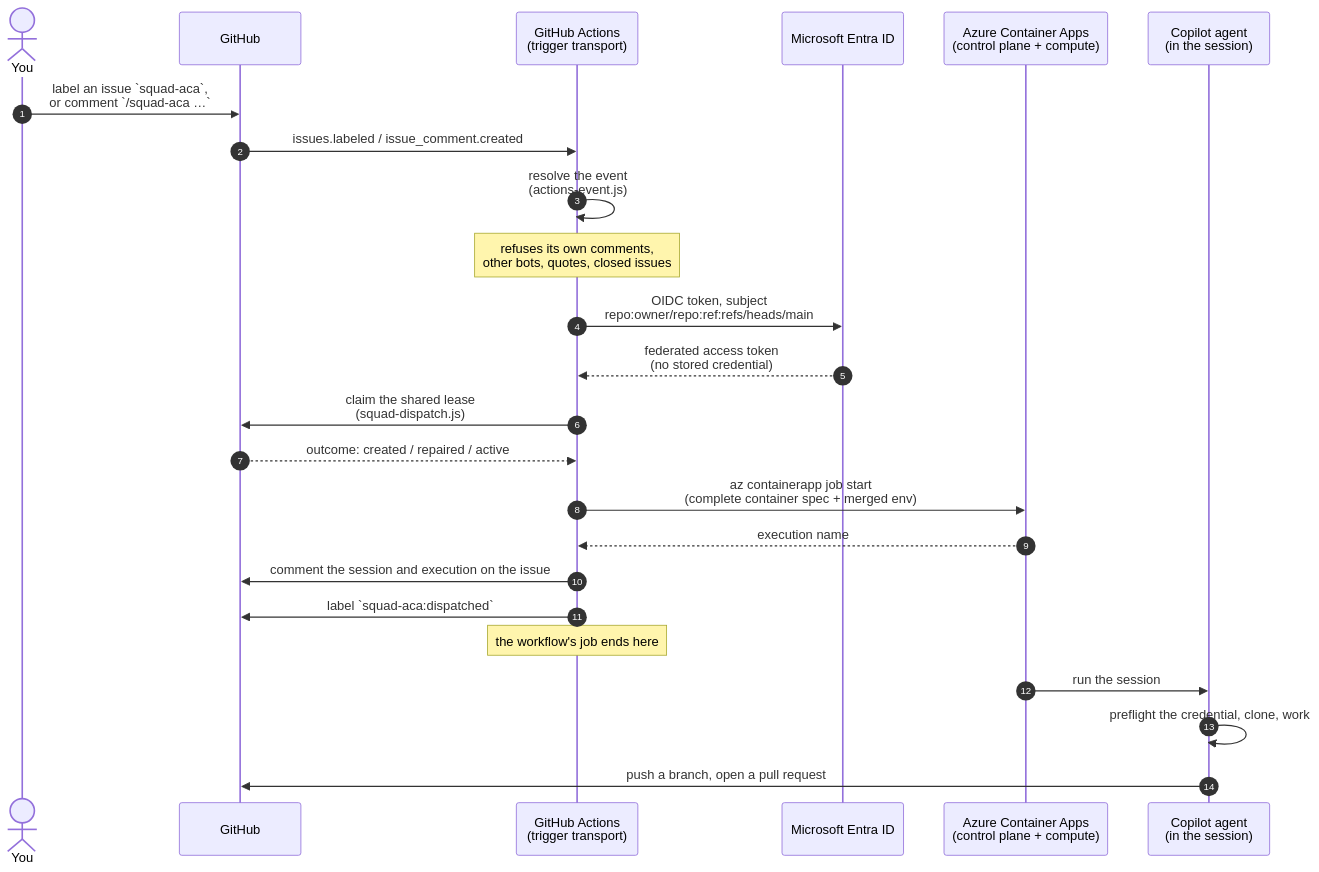
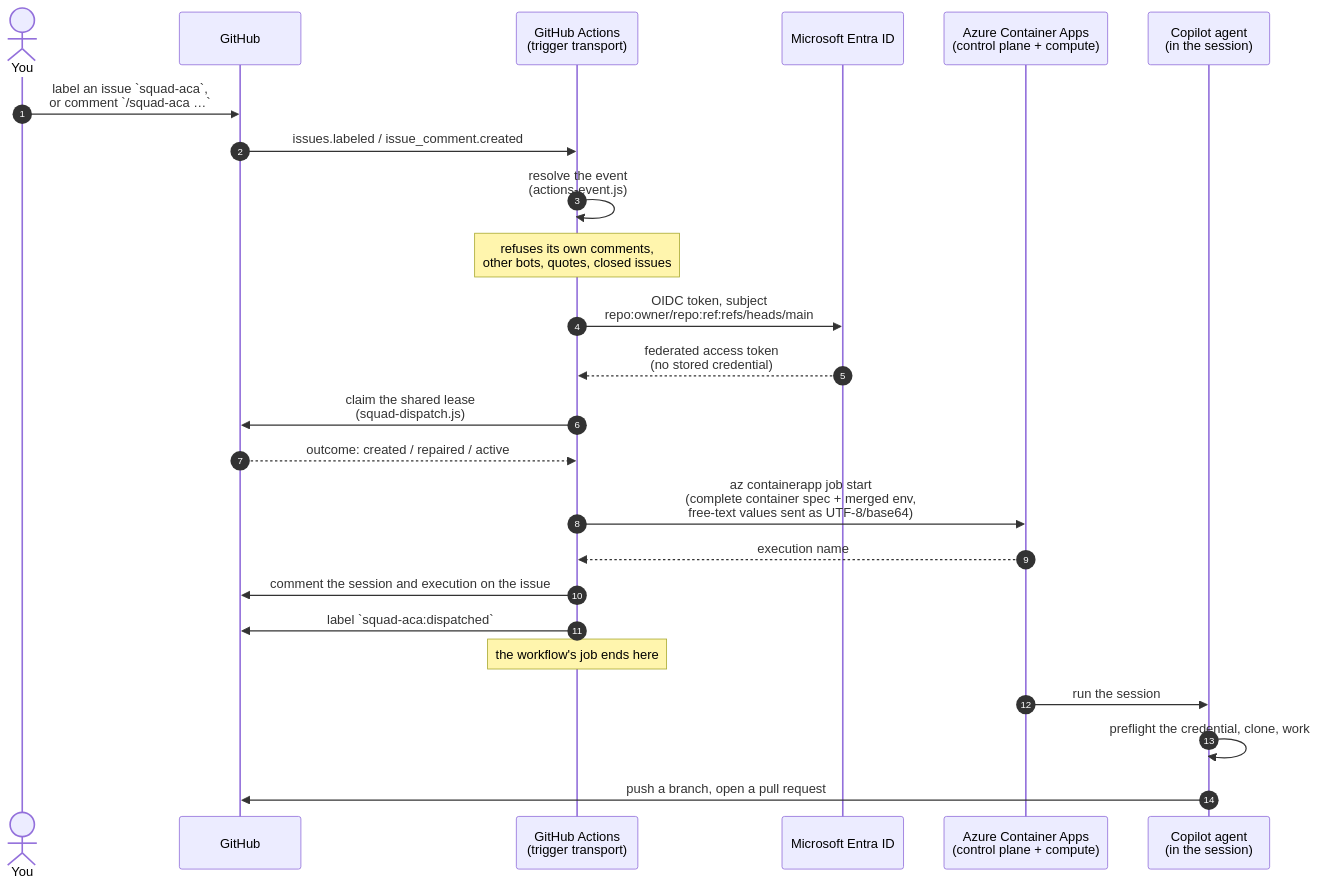
Before and after one commit to swigerb/squad-on-aca: the diagram in docs/actions-trigger.md, drawn with Mermaid. The commit also changed other lines of this file and 29 other files, not shown here.

````diff
--- a/docs/actions-trigger.md
+++ b/docs/actions-trigger.md
@@ -9,27 +9,27 @@
 ```mermaid
 sequenceDiagram
     autonumber
     actor Dev as You
     participant GH as GitHub
     participant GA as GitHub Actions<br/>(trigger transport)
     participant AAD as Microsoft Entra ID
     participant ACA as Azure Container Apps<br/>(control plane + compute)
     participant Ag as Copilot agent<br/>(in the session)
 
     Dev->>GH: label an issue `squad-aca`,<br/>or comment `/squad-aca …`
     GH->>GA: issues.labeled / issue_comment.created
     GA->>GA: resolve the event<br/>(actions-event.js)
     Note over GA: refuses its own comments,<br/>other bots, quotes, closed issues
     GA->>AAD: OIDC token, subject<br/>repo:owner/repo:ref:refs/heads/main
     AAD-->>GA: federated access token<br/>(no stored credential)
     GA->>GH: claim the shared lease<br/>(squad-dispatch.js)
     GH-->>GA: outcome: created / repaired / active
-    GA->>ACA: az containerapp job start<br/>(complete container spec + merged env)
+    GA->>ACA: az containerapp job start<br/>(complete container spec + merged env,<br/>free-text values sent as UTF-8/base64)
     ACA-->>GA: execution name
     GA->>GH: comment the session and execution on the issue
     GA->>GH: label `squad-aca:dispatched`
     Note over GA: the workflow's job ends here
     ACA->>Ag: run the session
     Ag->>Ag: preflight the credential, clone, work
     Ag->>GH: push a branch, open a pull request
 ```
````
